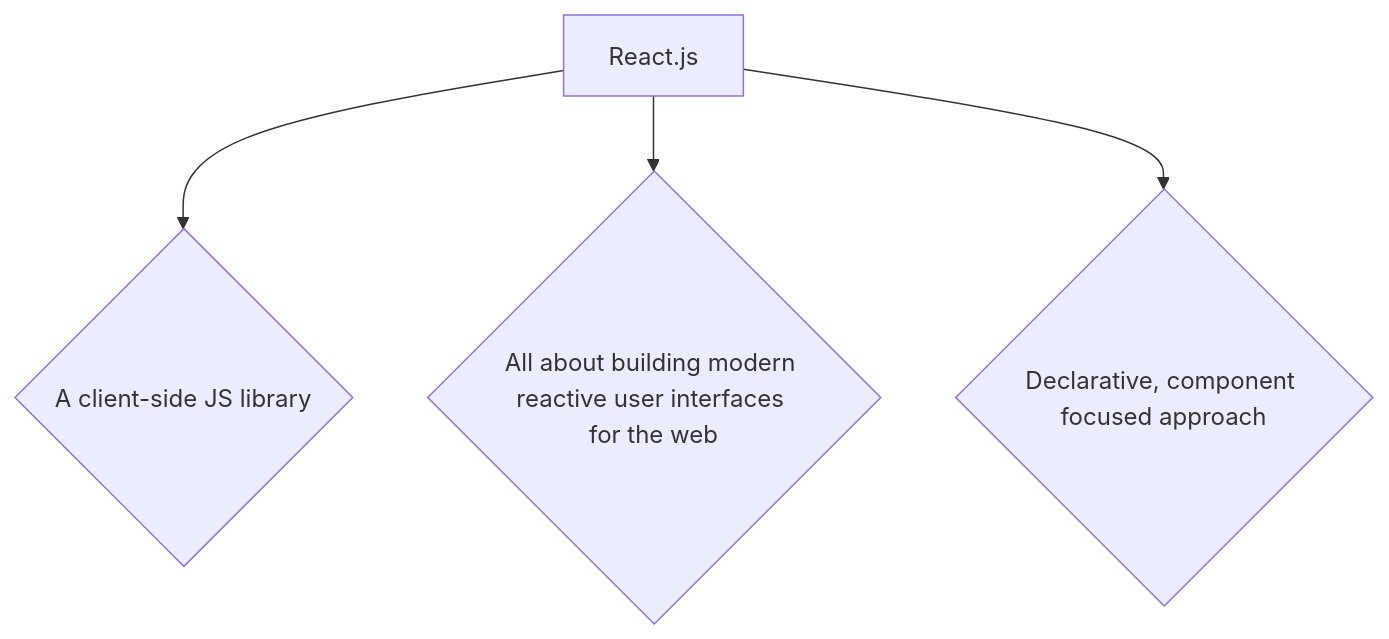
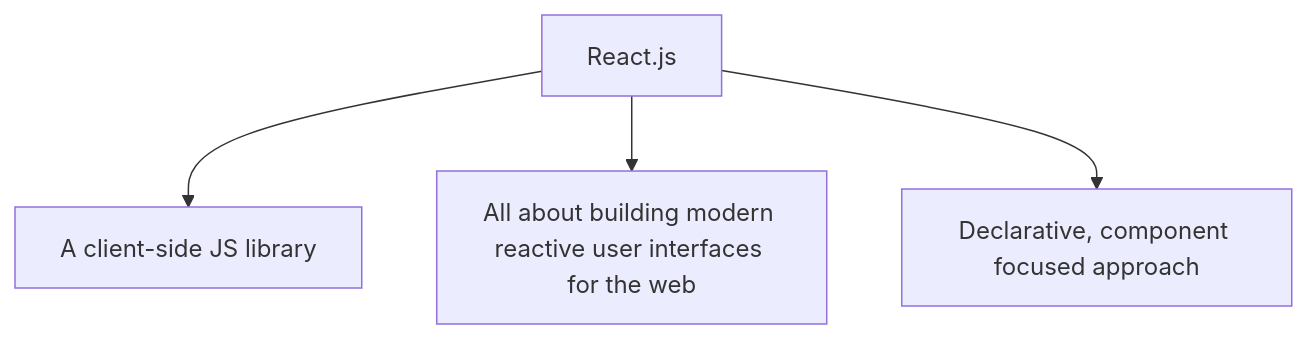
The diagram in README.md (AriiMe/Functions-challenge), drawn with Mermaid before and after one commit.

````diff
--- a/README.md
+++ b/README.md
@@ -1,6 +1,6 @@
 ```mermaid
 flowchart TD
-    A[React.js] --> B{A client-side JS library};
-    A --> C{All about building modern reactive user interfaces for the web};
-    A --> D{Declarative, component focused approach}
+    A[React.js] --> B[A client-side JS library];
+    A --> C[All about building modern reactive user interfaces for the web];
+    A --> D[Declarative, component focused approach]
 ```
````
